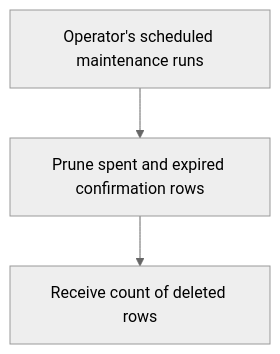
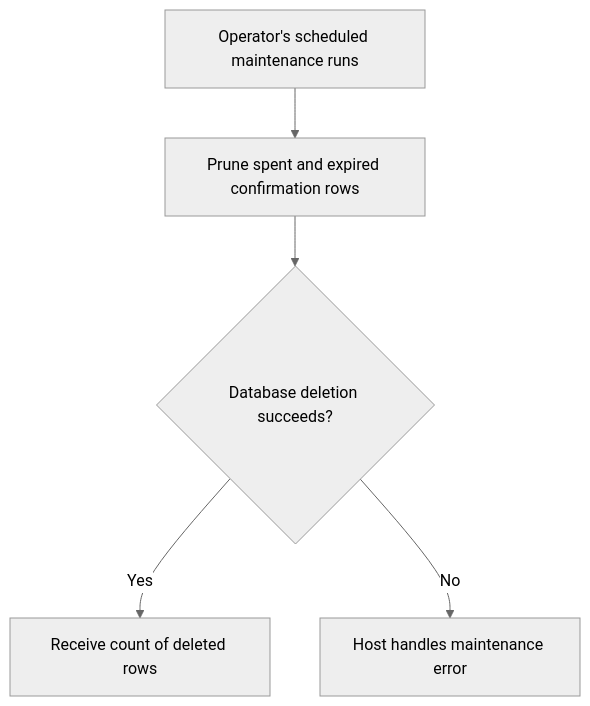
The first of 2 diagrams in user-stories/US-CONFIRM-05-prune-confirmations.md (Kevinjohn/oss-adonisjs-confirm-action-with-password), drawn with Mermaid (neutral theme) before and after one commit. The commit also changed other lines of this file and 11 other files, not shown here.

````diff
--- a/user-stories/US-CONFIRM-05-prune-confirmations.md
+++ b/user-stories/US-CONFIRM-05-prune-confirmations.md
@@ -19,5 +21,7 @@
 ```mermaid
 flowchart TD
     A["Operator's scheduled maintenance runs"] --> B["Prune spent and expired confirmation rows"]
-    B --> C["Receive count of deleted rows"]
+    B --> D{"Database deletion succeeds?"}
+    D -->|Yes| C["Receive count of deleted rows"]
+    D -->|No| E["Host handles maintenance error"]
 ```
````
